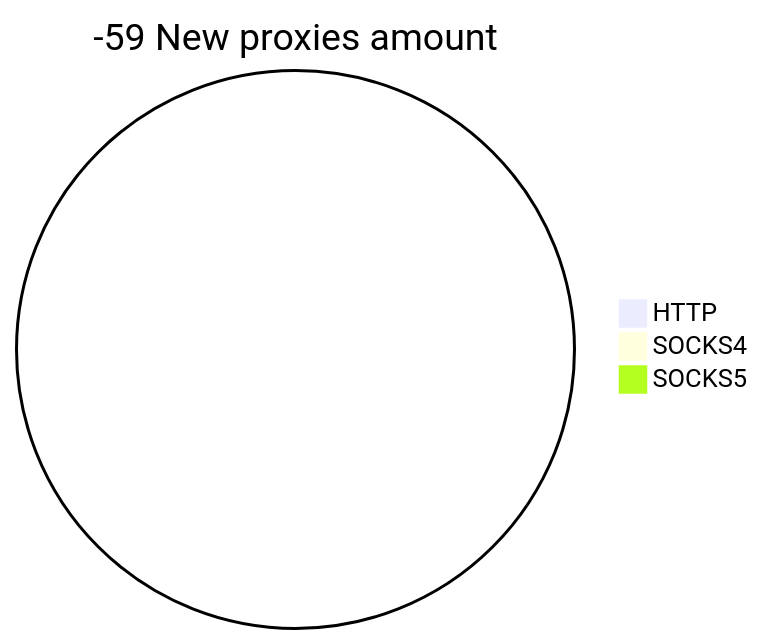
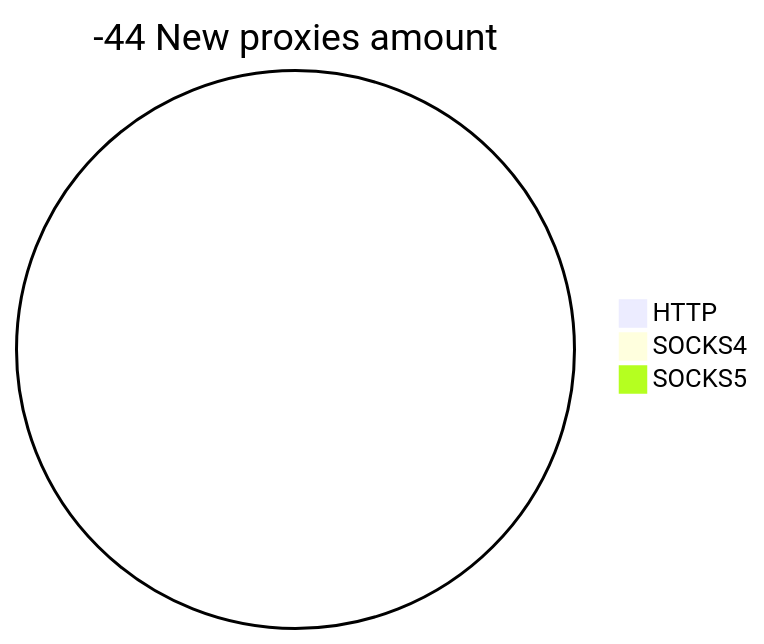
The second of 2 diagrams in README.md (cutipu/proxylist), drawn with Mermaid before and after one commit. The commit also changed other lines of this file, not shown here.

````diff
--- a/README.md
+++ b/README.md
@@ -10,6 +10,6 @@
 ```mermaid
-pie title -59 New proxies amount
+pie title -44 New proxies amount
     "HTTP" : 0
     "SOCKS4" : 0
     "SOCKS5" : 0
 ```
````
